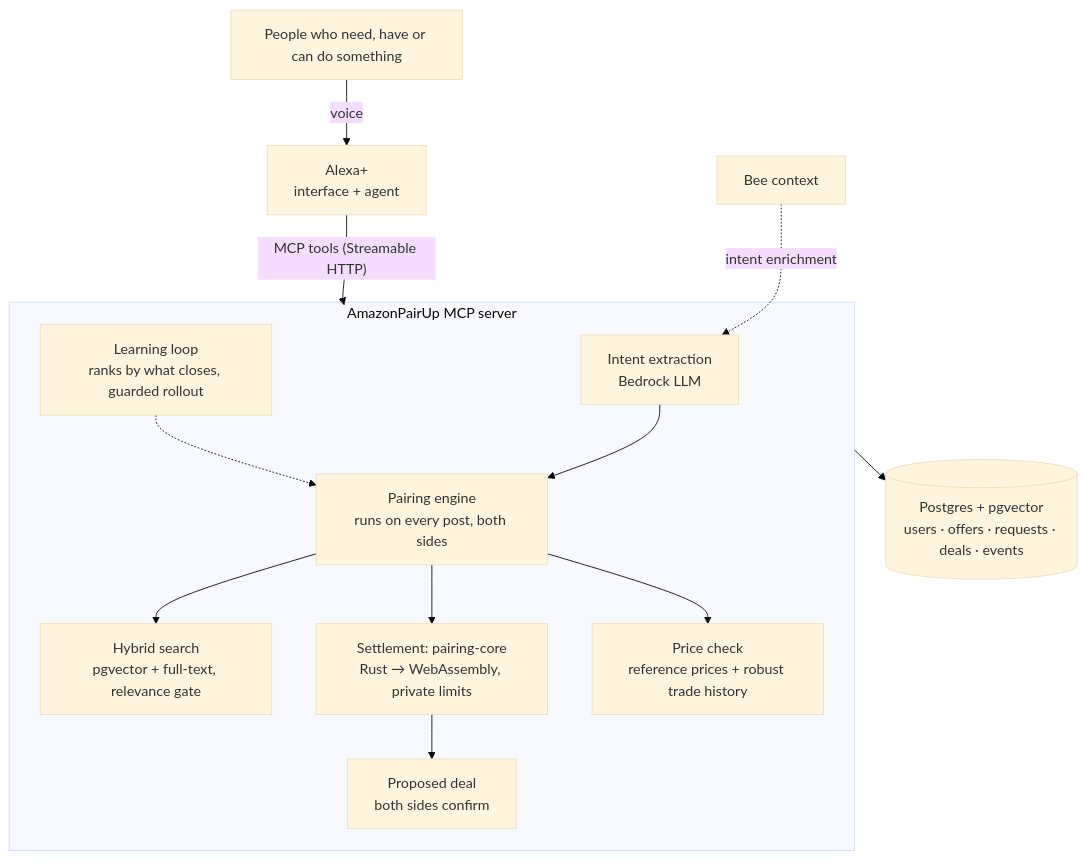
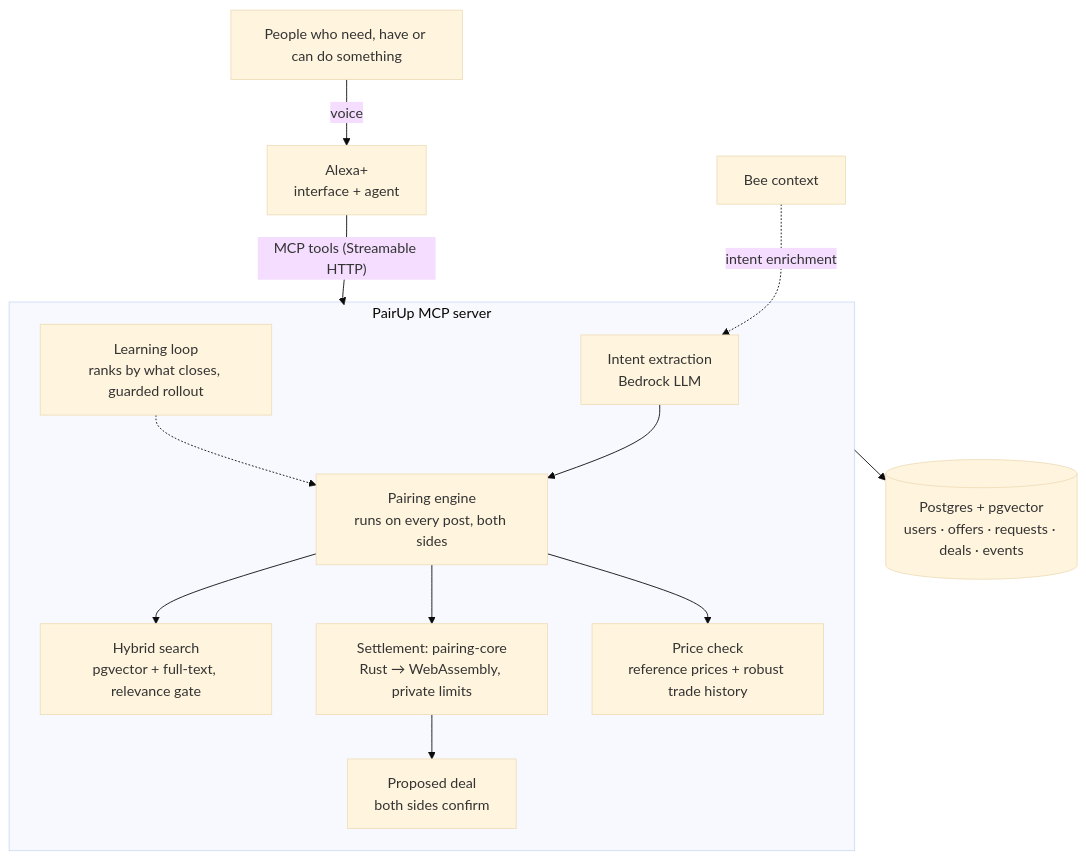
One commit to adamchoi787/amazon-pair-up changed the diagram in README.md. Above: the diagram before and after it, drawn with Mermaid (base theme). The commit also changed other lines of this file and 84 other files, not shown here.

````diff
--- a/README.md
+++ b/README.md
@@ -128,15 +128,15 @@
 ```mermaid
 flowchart TB
   U[People who need, have or can do something] -- voice --> A[Alexa+<br/>interface + agent]
   A -- "MCP tools (Streamable HTTP)" --> S
-  subgraph S["AmazonPairUp MCP server"]
+  subgraph S["PairUp MCP server"]
     I[Intent extraction<br/>Bedrock LLM] --> P[Pairing engine<br/>runs on every post, both sides]
     P --> H[Hybrid search<br/>pgvector + full-text, relevance gate]
     P --> N[Settlement: pairing-core<br/>Rust → WebAssembly, private limits]
     P --> C[Price check<br/>reference prices + robust trade history]
     L[Learning loop<br/>ranks by what closes, guarded rollout] -.-> P
     N --> D[Proposed deal<br/>both sides confirm]
   end
   S --> DB[(Postgres + pgvector<br/>users · offers · requests · deals · events)]
   B[Bee context] -. intent enrichment .-> I
 ```
````
